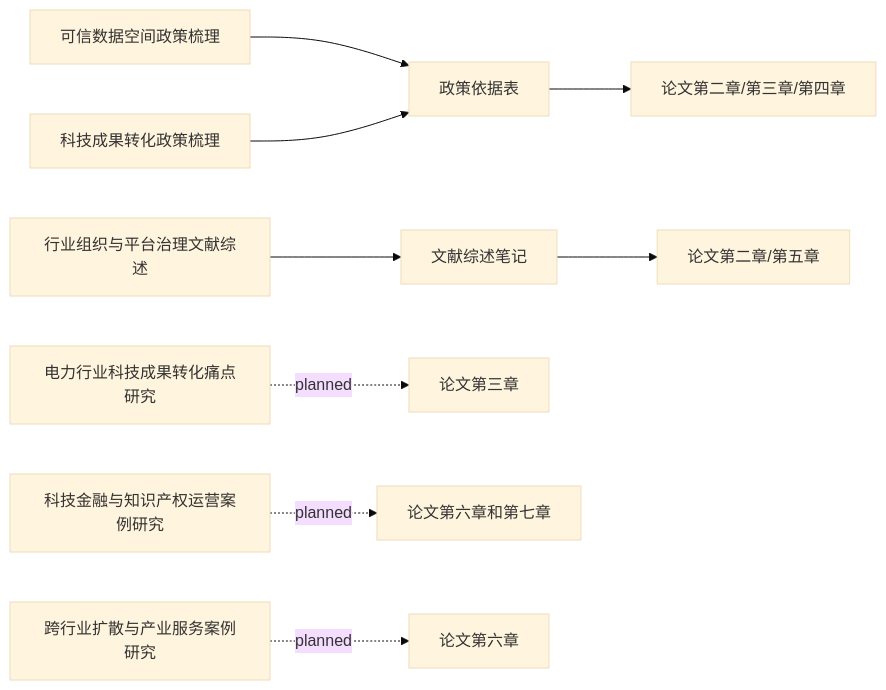
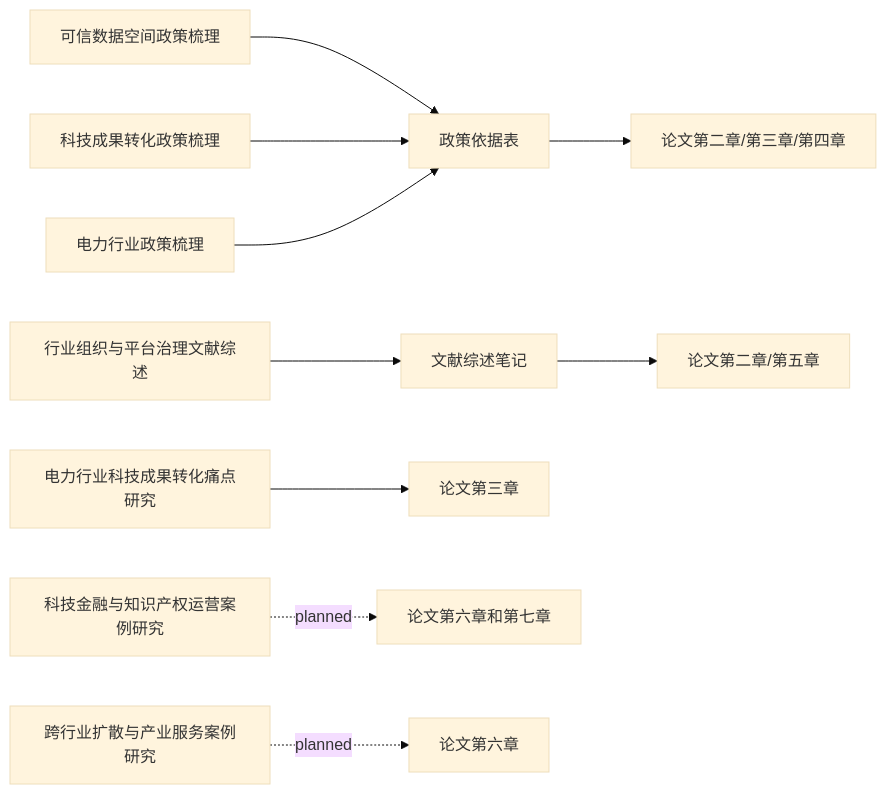
Before and after one commit to liustar2011-afk/academic-research-skills-codex: the diagram in research-projects/可信数据空间_电力科技成果转化场景运营研究/07_branch_research/BRANCH_INDEX.md, drawn with Mermaid (base theme). The commit also changed other lines of this file and 66 other files, not shown here.

````diff
--- a/research-projects/可信数据空间_电力科技成果转化场景运营研究/07_branch_research/BRANCH_INDEX.md
+++ b/research-projects/可信数据空间_电力科技成果转化场景运营研究/07_branch_research/BRANCH_INDEX.md
@@ -11,11 +11,12 @@
 ```mermaid
 flowchart LR
   A[可信数据空间政策梳理] --> D[政策依据表]
   B[科技成果转化政策梳理] --> D
   C[行业组织与平台治理文献综述] --> E[文献综述笔记]
-  F[电力行业科技成果转化痛点研究] -. planned .-> G[论文第三章]
+  N[电力行业政策梳理] --> D
+  F[电力行业科技成果转化痛点研究] --> G[论文第三章]
   H[科技金融与知识产权运营案例研究] -. planned .-> I[论文第六章和第七章]
   J[跨行业扩散与产业服务案例研究] -. planned .-> K[论文第六章]
   D --> L[论文第二章/第三章/第四章]
   E --> M[论文第二章/第五章]
 ```
````
